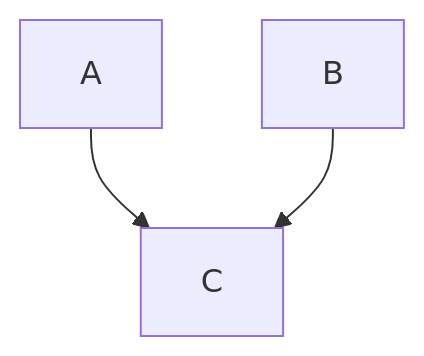
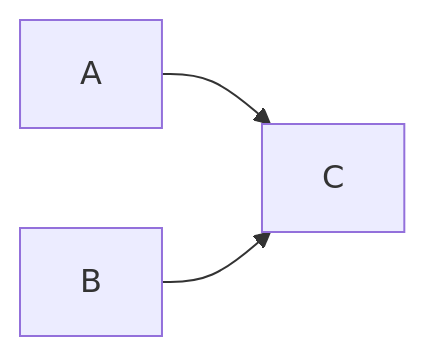
Before and after one commit to nikgraf/secsync: the sixth of 7 diagrams in docs/protocol-suggestions.md, drawn with Mermaid. The commit also changed other lines of this file, not shown here.

Commit message:
change diagrams to be left to right

````diff
--- a/docs/protocol-suggestions.md
+++ b/docs/protocol-suggestions.md
@@ -99,5 +99,5 @@
 ```mermaid
-graph TD;
+graph LR;
     A-->C;
     B-->C;
 ```
````
